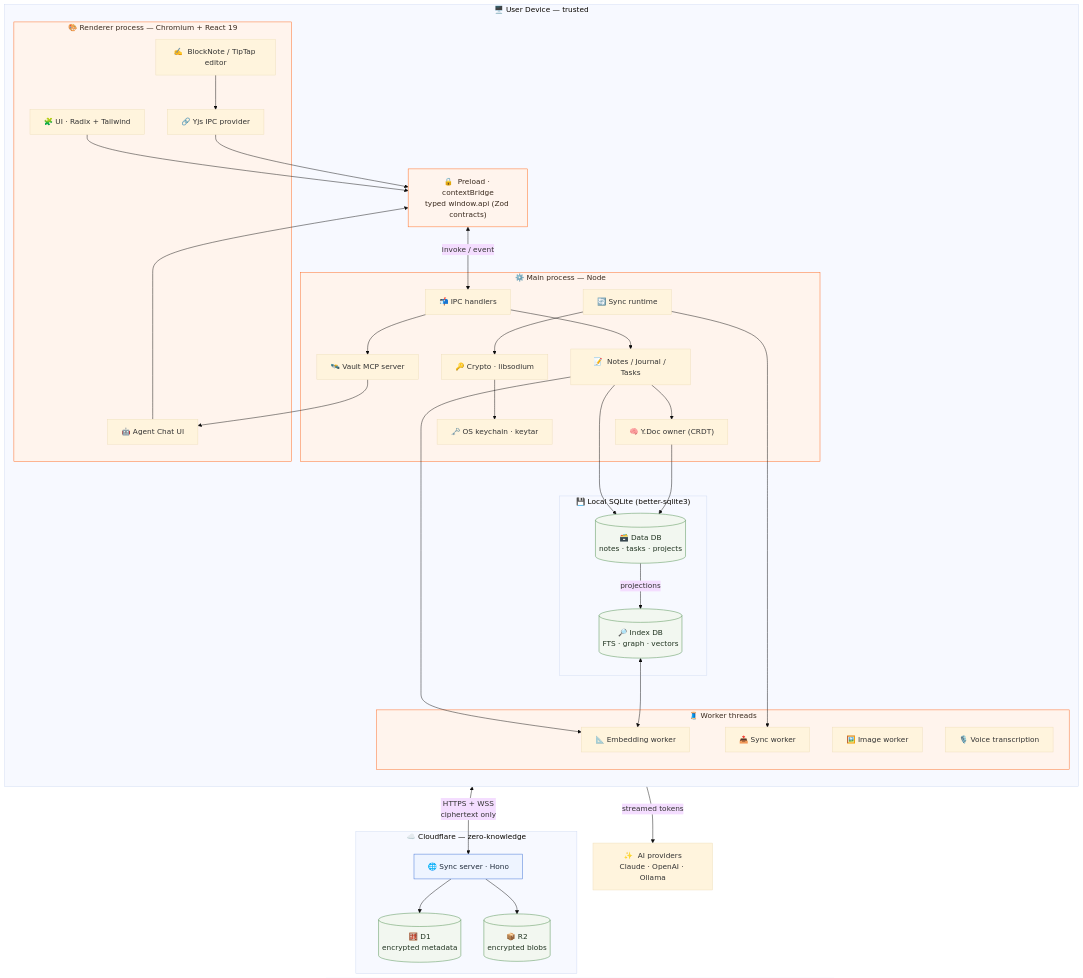
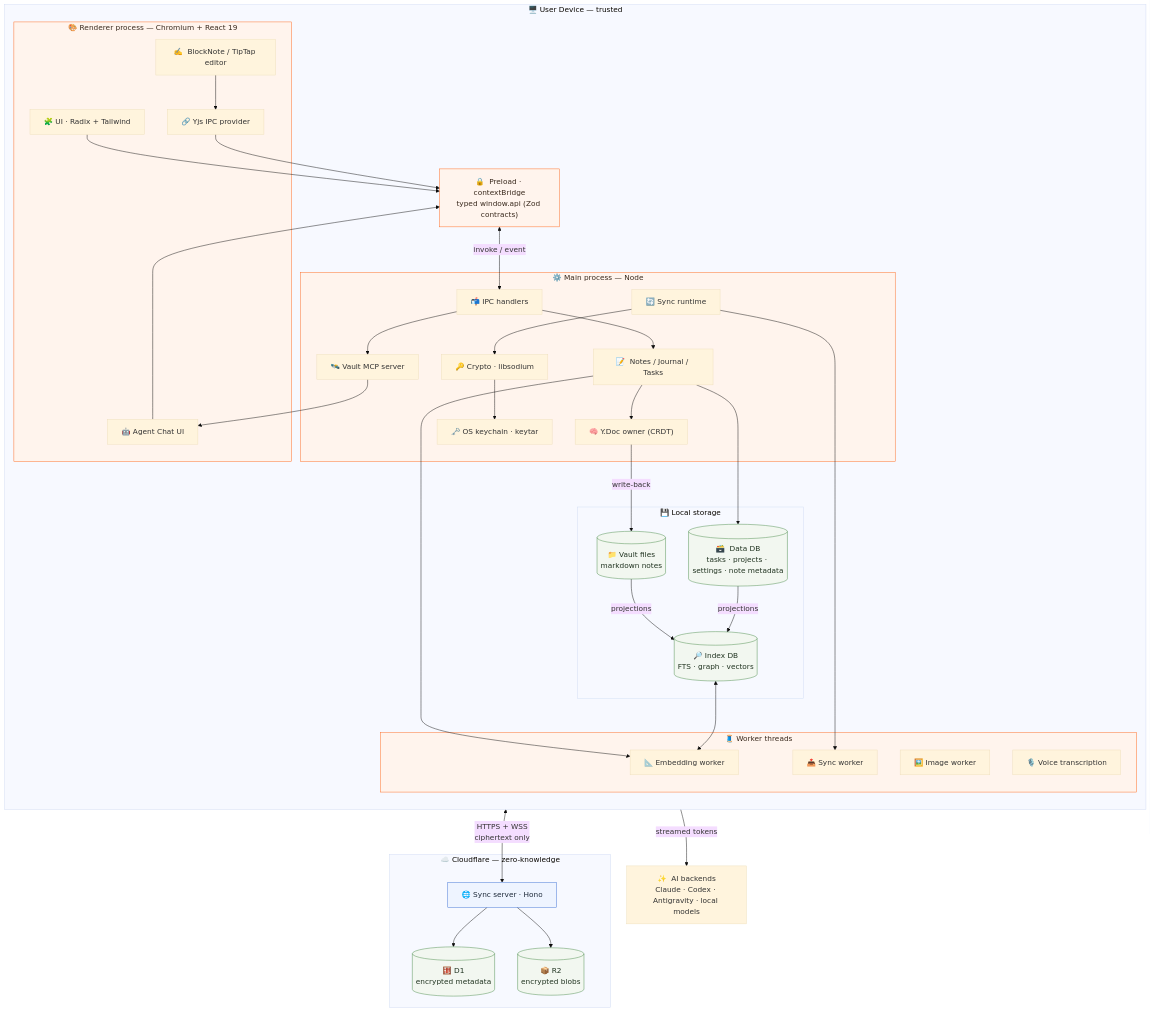
One commit to memrynote/memry changed the first of 6 diagrams in docs/ARCHITECTURE.md. Above: the diagram before and after it, drawn with Mermaid (base theme). The commit also changed other lines of this file and 7 other files, not shown here.

First line of the commit message:
docs(docs,sync-server): bring the architecture and contributor docs up to date

````diff
--- a/docs/ARCHITECTURE.md
+++ b/docs/ARCHITECTURE.md
@@ -69,74 +71,76 @@
 ```mermaid
 flowchart TB
   subgraph Device["🖥️  User Device — trusted"]
     direction TB
 
     subgraph Renderer["🎨  Renderer process — Chromium + React 19"]
       UI["🧩  UI · Radix + Tailwind"]
       Editor["✍️  BlockNote / TipTap editor"]
       Agent["🤖  Agent Chat UI"]
       YProv["🔗  Yjs IPC provider"]
     end
 
     Preload["🔒  Preload · contextBridge<br/>typed window.api (Zod contracts)"]
 
     subgraph Main["⚙️  Main process — Node"]
       IPC["📬  IPC handlers"]
       Notes["📝  Notes / Journal / Tasks"]
       YDocs["🧠  Y.Doc owner (CRDT)"]
       Crypto["🔑  Crypto · libsodium"]
       Keychain["🗝️  OS keychain · keytar"]
       SyncRT["🔄  Sync runtime"]
       MCP["🛰️  Vault MCP server"]
     end
 
     subgraph Workers["🧵  Worker threads"]
       Embed["📐  Embedding worker"]
       SyncW["📤  Sync worker"]
       ImgW["🖼️  Image worker"]
       VoiceW["🎙️  Voice transcription"]
     end
 
-    subgraph Storage["💾  Local SQLite (better-sqlite3)"]
-      DataDB[("🗃️  Data DB<br/>notes · tasks · projects")]
+    subgraph Storage["💾  Local storage"]
+      Vault[("📁  Vault files<br/>markdown notes")]
+      DataDB[("🗃️  Data DB<br/>tasks · projects · settings · note metadata")]
       IndexDB[("🔎  Index DB<br/>FTS · graph · vectors")]
     end
   end
 
   subgraph Cloud["☁️  Cloudflare — zero-knowledge"]
     Worker["🌐  Sync server · Hono"]
     D1[("🧮  D1<br/>encrypted metadata")]
     R2[("📦  R2<br/>encrypted blobs")]
   end
 
-  AI["✨  AI providers<br/>Claude · OpenAI · Ollama"]
+  AI["✨  AI backends<br/>Claude · Codex · Antigravity · local models"]
 
   UI --> Preload
   Editor --> YProv
   YProv --> Preload
   Agent --> Preload
   Preload <-->|"invoke / event"| IPC
   IPC --> Notes
   IPC --> MCP
   Notes --> YDocs
   Notes --> DataDB
-  YDocs --> DataDB
+  YDocs -->|write-back| Vault
+  Vault -->|projections| IndexDB
   DataDB -->|projections| IndexDB
   Notes --> Embed
   IndexDB <--> Embed
   SyncRT --> Crypto
   Crypto --> Keychain
   SyncRT --> SyncW
   SyncW <-->|"HTTPS + WSS<br/>ciphertext only"| Worker
   Worker --> D1
   Worker --> R2
   MCP --> Agent
   Agent -->|streamed tokens| AI
 
   classDef trusted fill:#fff4ed,stroke:#ff671a,stroke-width:1px,color:#3a2a1e
   classDef cloud fill:#eef4ff,stroke:#3b6fd4,stroke-width:1px,color:#1e2a3a
   classDef store fill:#f2f7f0,stroke:#4a8a4a,stroke-width:1px,color:#213421
   class Renderer,Main,Preload,Workers trusted
   class Worker cloud
-  class DataDB,IndexDB,D1,R2 store
+  class Vault,DataDB,IndexDB,D1,R2 store
 ```
````
